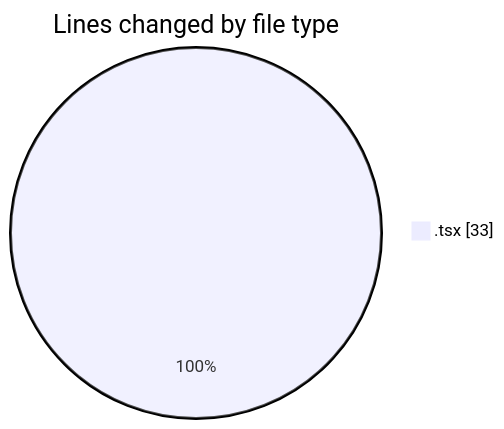
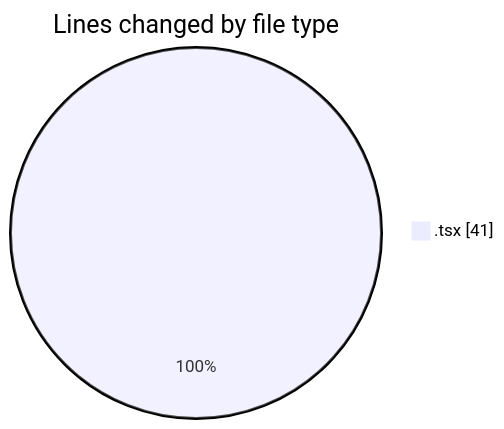
The first of 2 diagrams in 2026-02-17/nxtqube_webapp/README.md (nxtqubesakshisongat/code-tracking), drawn with Mermaid before and after one commit. The commit also changed other lines of this file and 1 other file, not shown here.

````diff
--- a/2026-02-17/nxtqube_webapp/README.md
+++ b/2026-02-17/nxtqube_webapp/README.md
@@ -20,5 +20,5 @@
 ```mermaid
 pie showData
 title Lines changed by file type
-".tsx" : 33
+".tsx" : 41
 ```
````
